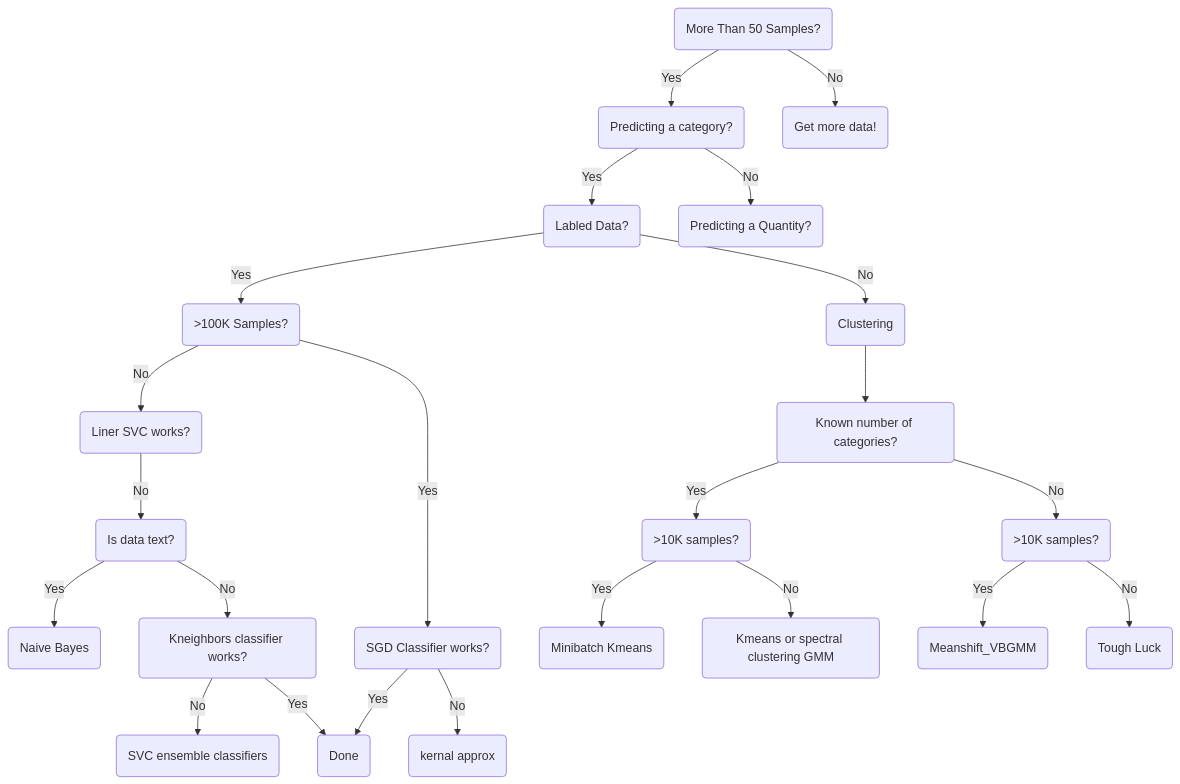
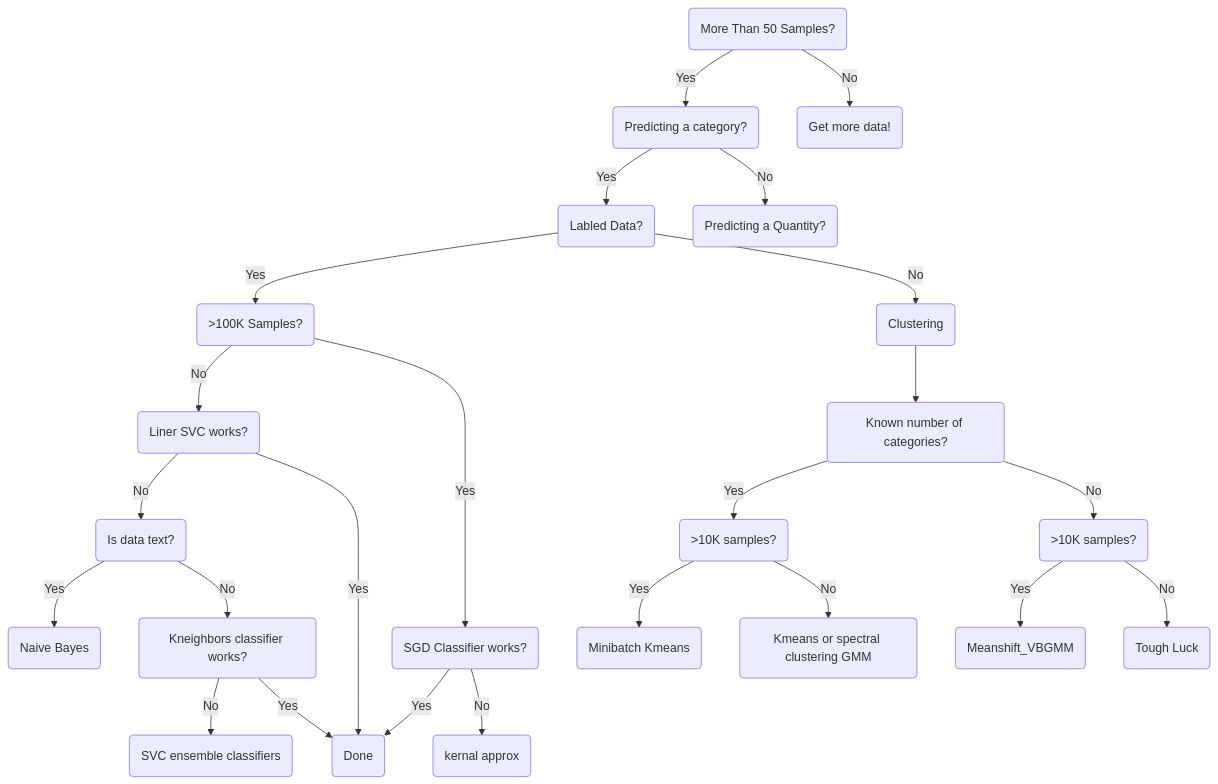
The diagram in ML_Cheatsheet.md (hwetsman/Public_Notes), drawn with Mermaid before and after one commit.

````diff
--- a/ML_Cheatsheet.md
+++ b/ML_Cheatsheet.md
@@ -1,51 +1,52 @@
 ```mermaid
 flowchart TD
 id1(More Than 50 Samples?)
   id2(Predicting a category?)
     id1-->|Yes|id2
     id4(Labled Data?)
       id2-->|Yes|id4
       id6(>100K Samples?)
         id4-->|Yes|id6
         id14(Clustering)
         id15(Known number of categories?)
           id16(>10K samples?)
           id17(>10K samples?)
           id15-->|Yes|id16
             id20(Meanshift_VBGMM)
             id98(Tough Luck)
             id17-->|Yes|id20
             id17-->|No|id98
           id15-->|No|id17
             id18(Minibatch Kmeans)
             id19(Kmeans or spectral clustering GMM)
             id16-->|Yes|id18
             id16-->|No|id19
         id14-->id15
         id4-->|No|id14
         id7(Liner SVC works?)
         id6-->|No|id7
         id8(SGD Classifier works?)
           id8-->|Yes|id99
           id13(kernal approx)
           id8-->|No|id13
         id6-->|Yes|id8
           id9(Is data text?)
           id7-->|No|id9
             id10(Naive Bayes)
             id9-->|Yes|id10
             id11(Kneighbors classifier works?)
             id9-->|No|id11
               id12(SVC ensemble classifiers)
               id11-->|No|id12
               id99(Done)
+                id7-->|Yes|id99
               id11-->|Yes|id99
     id5(Predicting a Quantity?)
       id2-->|No|id5
 
 
   id3(Get more data!)
     id1-->|No|id3
   
   
 ```
````
